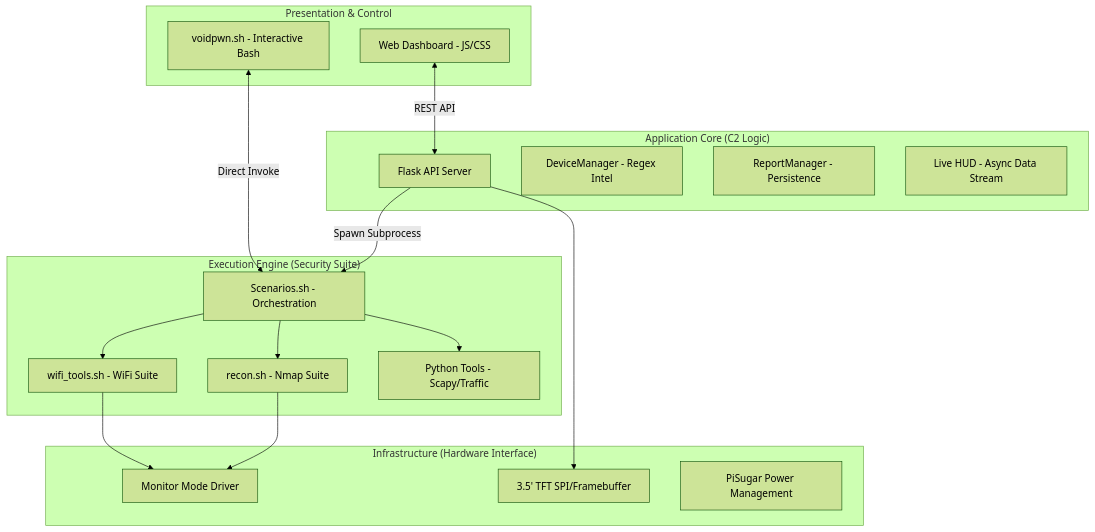
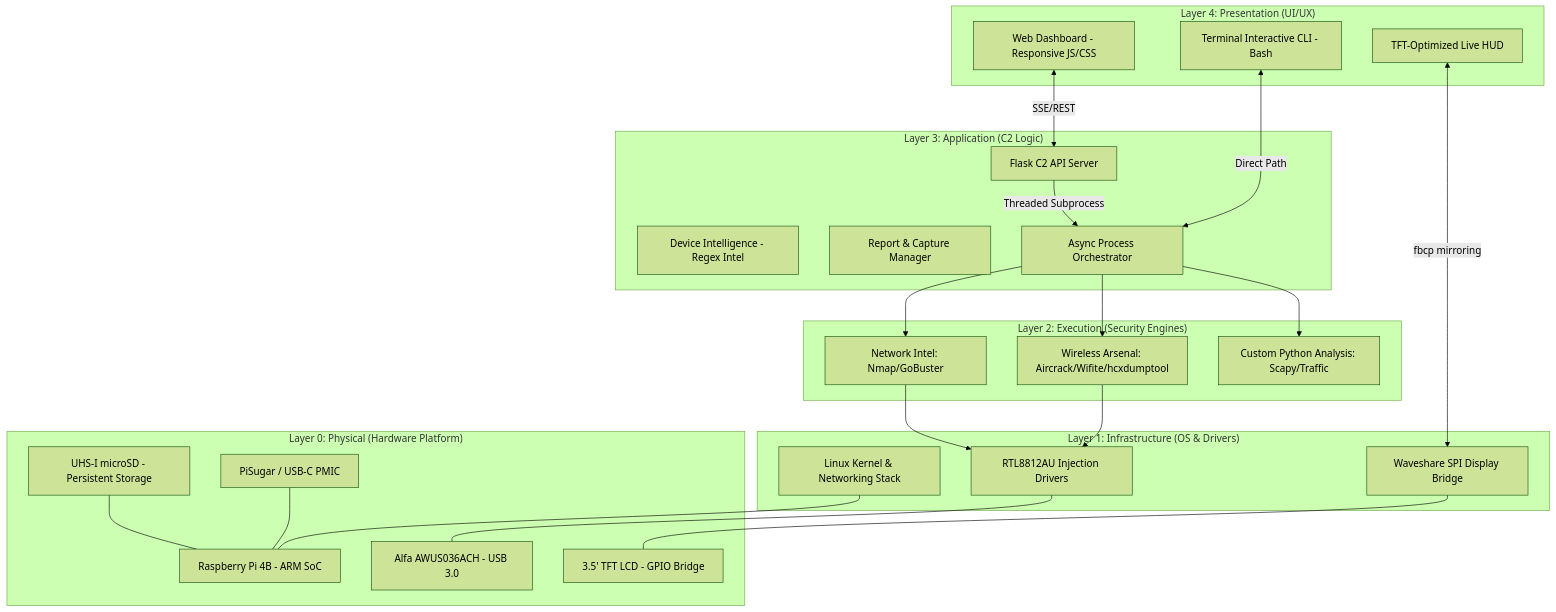
Before and after one commit to void0x11/VoidPWN: the first of 2 diagrams in README.md, drawn with Mermaid (forest theme). The commit also changed other lines of this file, not shown here.

````diff
--- a/README.md
+++ b/README.md
@@ -33,34 +33,48 @@
 ```mermaid
-graph TB
-    subgraph "Presentation & Control"
-        UI[Web Dashboard - JS/CSS]
-        CLI[voidpwn.sh - Interactive Bash]
+graph TD
+    subgraph "Layer 4: Presentation (UI/UX)"
+        WEB[Web Dashboard - Responsive JS/CSS]
+        DSH[TFT-Optimized Live HUD]
+        CLI[Terminal Interactive CLI - Bash]
     end
 
-    subgraph "Application Core (C2 Logic)"
-        SVR[Flask API Server]
-        DMG[DeviceManager - Regex Intel]
-        RMG[ReportManager - Persistence]
-        HUD[Live HUD - Async Data Stream]
+    subgraph "Layer 3: Application (C2 Logic)"
+        SVR[Flask C2 API Server]
+        DMG[Device Intelligence - Regex Intel]
+        RMG[Report & Capture Manager]
+        IPC[Async Process Orchestrator]
     end
 
-    subgraph "Execution Engine (Security Suite)"
-        SCN[Scenarios.sh - Orchestration]
-        WIFI[wifi_tools.sh - WiFi Suite]
-        REC[recon.sh - Nmap Suite]
-        PYT[Python Tools - Scapy/Traffic]
+    subgraph "Layer 2: Execution (Security Engines)"
+        WIFI[Wireless Arsenal: Aircrack/Wifite/hcxdumptool]
+        NET[Network Intel: Nmap/GoBuster]
+        PYT[Custom Python Analysis: Scapy/Traffic]
     end
 
-    subgraph "Infrastructure (Hardware Interface)"
-        MON[Monitor Mode Driver]
-        SPI[3.5' TFT SPI/Framebuffer]
-        PIS[PiSugar Power Management]
+    subgraph "Layer 1: Infrastructure (OS & Drivers)"
+        KRN[Linux Kernel & Networking Stack]
+        DRV[RTL8812AU Injection Drivers]
+        SPI[Waveshare SPI Display Bridge]
     end
 
-    UI <-->|REST API| SVR
-    CLI <-->|Direct Invoke| SCN
-    SVR -->|Spawn Subprocess| SCN
-    SCN --> WIFI & REC & PYT
-    WIFI & REC --> MON
-    SVR --> SPI
+    subgraph "Layer 0: Physical (Hardware Platform)"
+        RPI[Raspberry Pi 4B - ARM SoC]
+        AF1[Alfa AWUS036ACH - USB 3.0]
+        TFT[3.5' TFT LCD - GPIO Bridge]
+        PWR[PiSugar / USB-C PMIC]
+        STR[UHS-I microSD - Persistent Storage]
+    end
+
+    %% Logic Flow
+    WEB <-->|SSE/REST| SVR
+    DSH <-->|fbcp mirroring| SPI
+    CLI <-->|Direct Path| IPC
+    SVR -->|Threaded Subprocess| IPC
+    IPC --> WIFI & NET & PYT
+    WIFI & NET --> DRV
+    DRV --- AF1
+    SPI --- TFT
+    KRN --- RPI
+    PWR --- RPI
+    STR --- RPI
 ```
````
